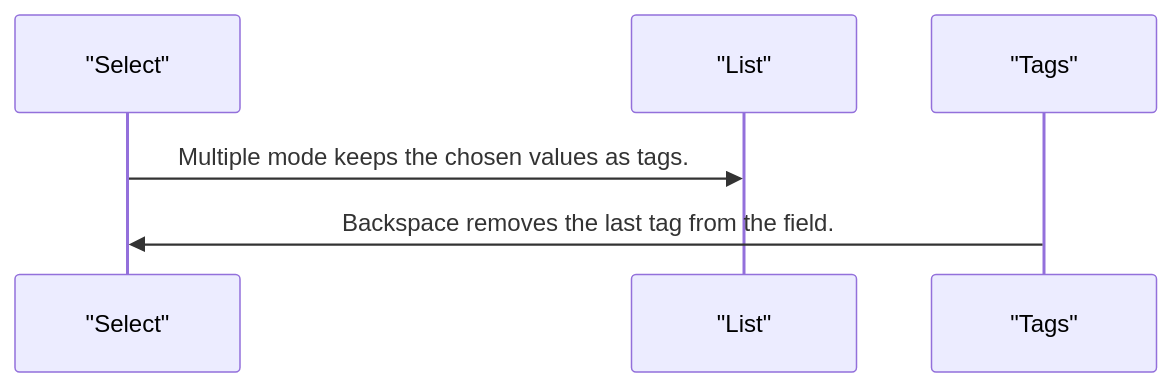
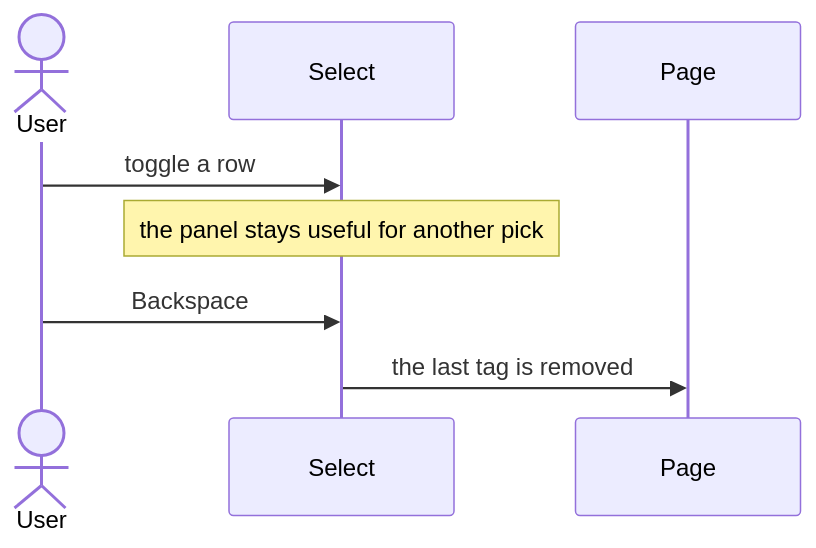
The third of 5 diagrams in projects/pixel-ui/src/lib/pixel-select/DESIGN.md (RajshekharBorate/pixel-ui), drawn with Mermaid before and after one commit. The commit also changed other lines of this file and 73 other files, not shown here.

Commit message:
Explain who owns each value and what each flow does in every component and service design.

````diff
--- a/projects/pixel-ui/src/lib/pixel-select/DESIGN.md
+++ b/projects/pixel-ui/src/lib/pixel-select/DESIGN.md
@@ -78,8 +95,10 @@
 ```mermaid
 sequenceDiagram
-  participant select as "Select"
-  participant list as "List"
-  participant tags as "Tags"
-  select->>list: Multiple mode keeps the chosen values as tags.
-  tags->>select: Backspace removes the last tag from the field.
+  actor User
+  participant Select
+  participant Page
+  User->>Select: toggle a row
+  Note over Select: the panel stays useful for another pick
+  User->>Select: Backspace
+  Select->>Page: the last tag is removed
 ```
````
